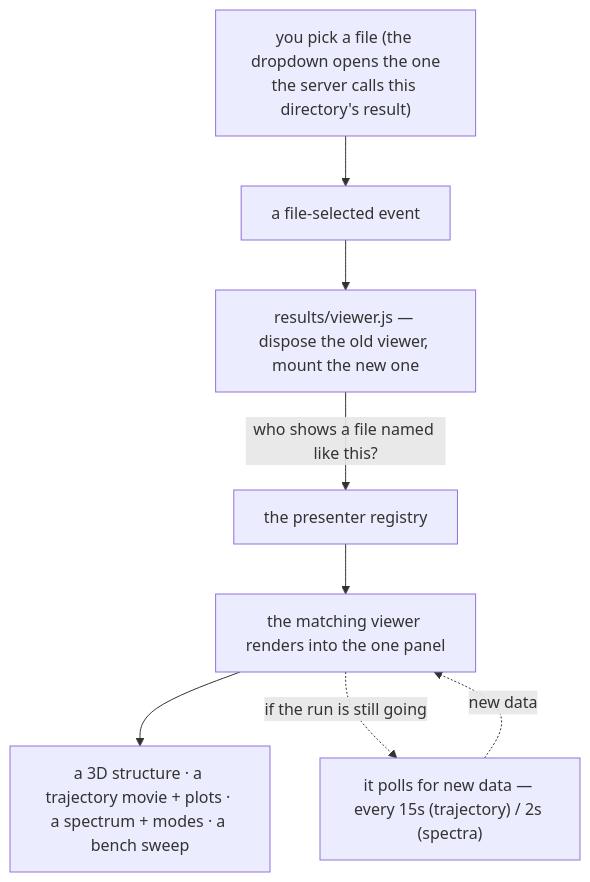
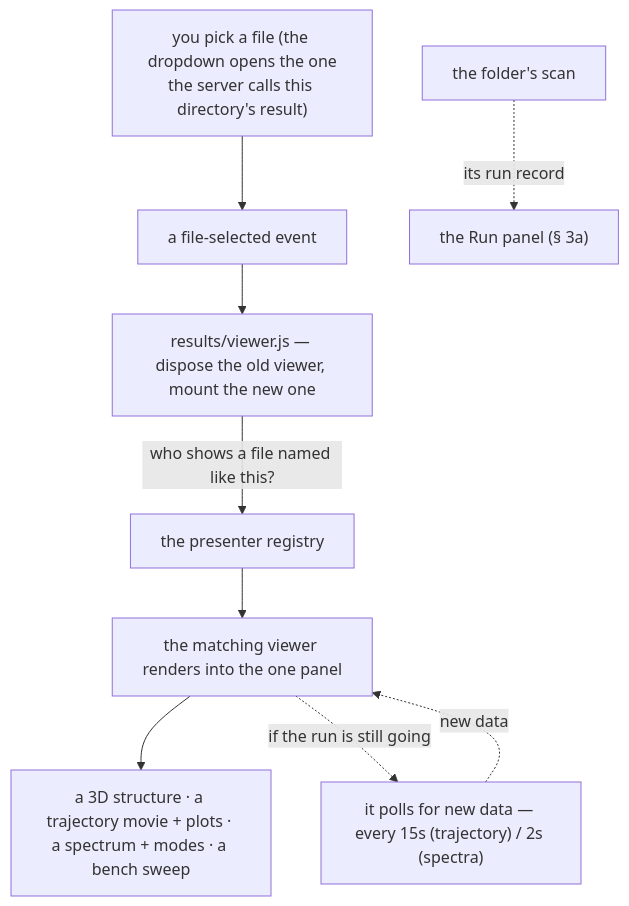
The first of 3 diagrams in docs/web/results.md (Qing-LAB/molbuilder), drawn with Mermaid before and after one commit. The commit also changed other lines of this file and 16 other files, not shown here.

````diff
--- a/docs/web/results.md
+++ b/docs/web/results.md
@@ -30,10 +30,11 @@
 ```mermaid
 flowchart TD
   U["you pick a file (the dropdown opens the one<br/>the server calls this directory's result)"] --> EV["a file-selected event"]
+  SC["the folder's scan"] -. "its run record" .-> RP["the Run panel (§ 3a)"]
   EV --> CTRL["results/viewer.js — dispose the old viewer, mount the new one"]
   CTRL -->|"who shows a file named like this?"| REG["the presenter registry"]
   REG --> ENG["the matching viewer renders into the one panel"]
   ENG --> S["a 3D structure · a trajectory movie + plots · a spectrum + modes · a bench sweep"]
   ENG -. "if the run is still going" .-> POLL["it polls for new data — every 15s (trajectory) / 2s (spectra)"]
   POLL -. "new data" .-> ENG
 ```
````
